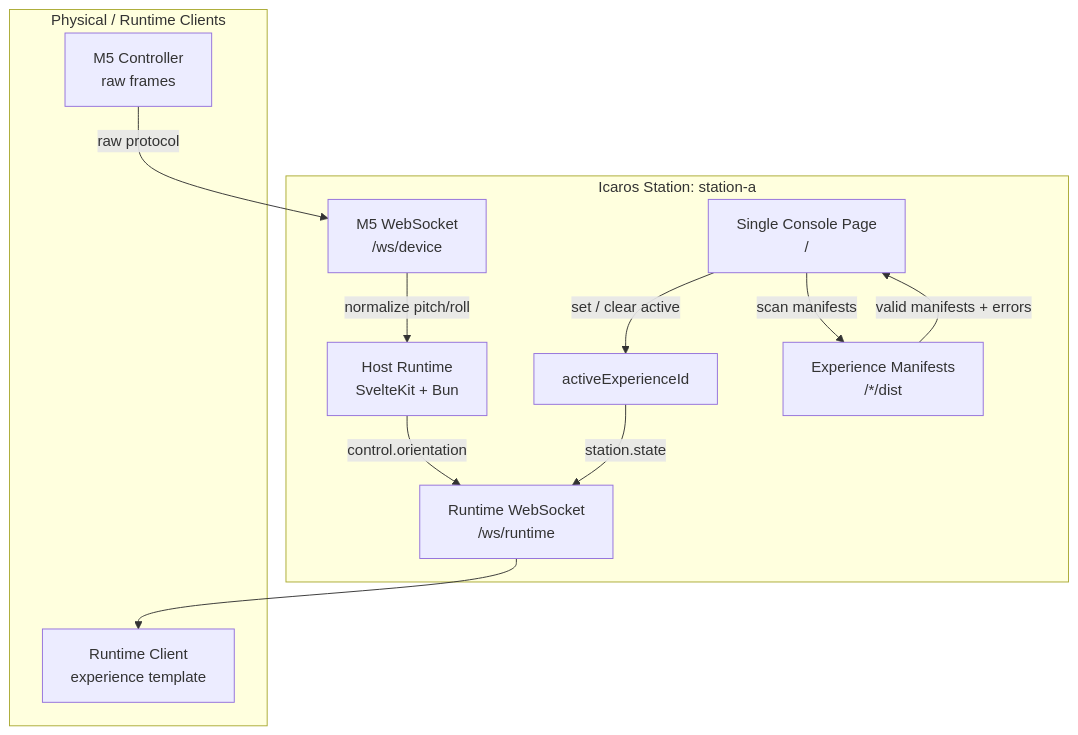
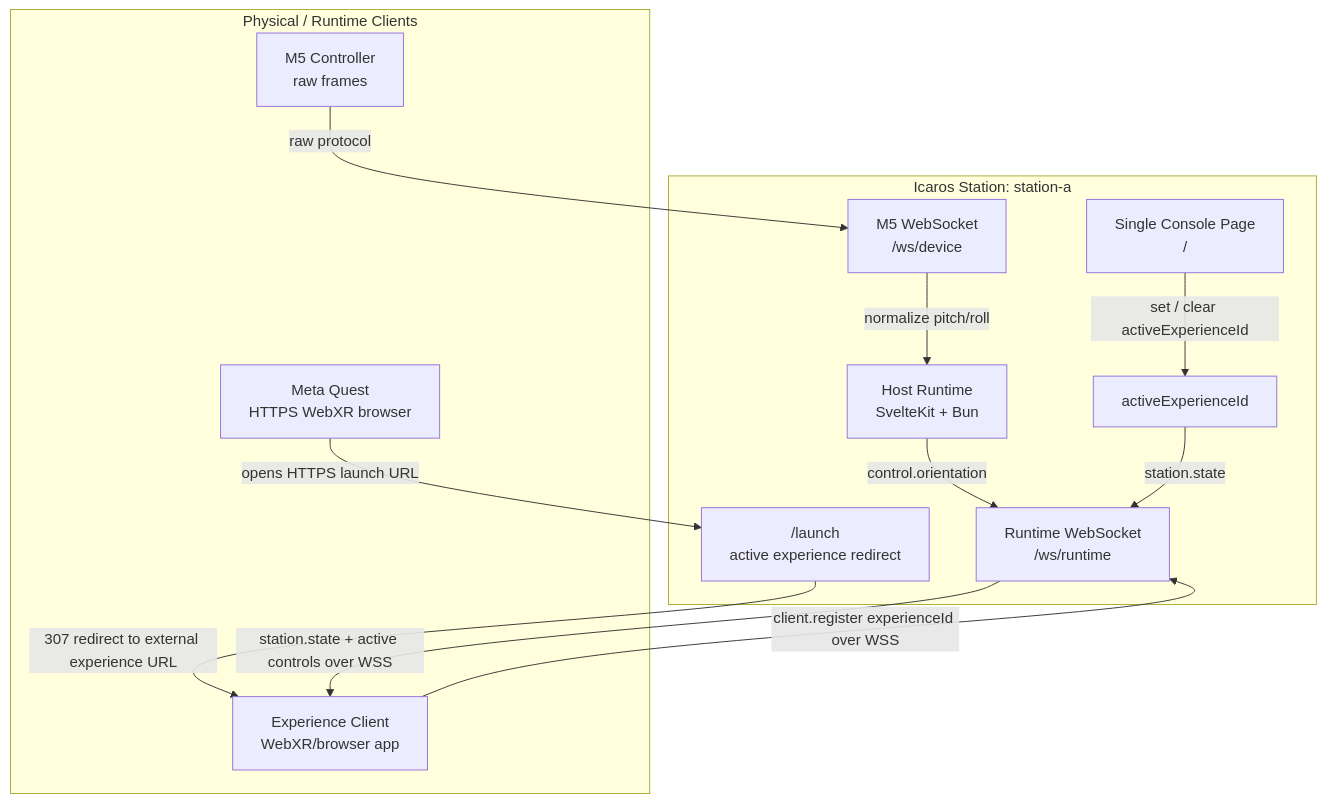
One commit to dweigend/Icaros_Host changed the diagram in docs/architecture.md. Above: the diagram before and after it, drawn with Mermaid. The commit also changed other lines of this file and 32 other files, not shown here.

Commit message:
feat: add Quest launch routing

````diff
--- a/docs/architecture.md
+++ b/docs/architecture.md
@@ -7,26 +9,28 @@
 ```mermaid
 flowchart TD
   subgraph Station["Icaros Station: station-a"]
     Console["Single Console Page\n/"]
     Host["Host Runtime\nSvelteKit + Bun"]
     ActiveState["activeExperienceId"]
+    Launch["/launch\nactive experience redirect"]
     M5Bridge["M5 WebSocket\n/ws/device"]
     RuntimeWs["Runtime WebSocket\n/ws/runtime"]
-    ExperienceStore["Experience Manifests\n<experiences-dir>/*/dist"]
   end
 
   subgraph DeviceLayer["Physical / Runtime Clients"]
     M5["M5 Controller\nraw frames"]
-    Client["Runtime Client\nexperience template"]
+    Quest["Meta Quest\nHTTPS WebXR browser"]
+    Client["Experience Client\nWebXR/browser app"]
   end
 
   M5 -->|"raw protocol"| M5Bridge
   M5Bridge -->|"normalize pitch/roll"| Host
   Host -->|"control.orientation"| RuntimeWs
 
-  Console -->|"scan manifests"| ExperienceStore
-  ExperienceStore -->|"valid manifests + errors"| Console
-  Console -->|"set / clear active"| ActiveState
+  Quest -->|"opens HTTPS launch URL"| Launch
+  Launch -->|"307 redirect to external experience URL"| Client
+  Console -->|"set / clear activeExperienceId"| ActiveState
   ActiveState -->|"station.state"| RuntimeWs
-  RuntimeWs --> Client
+  Client -->|"client.register experienceId over WSS"| RuntimeWs
+  RuntimeWs -->|"station.state + active controls over WSS"| Client
 ```
````
